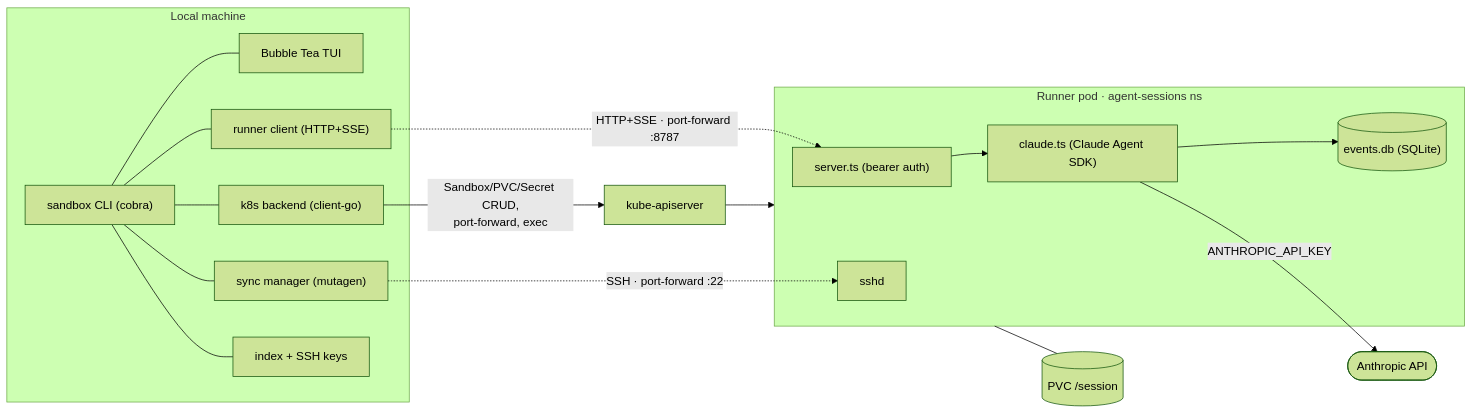
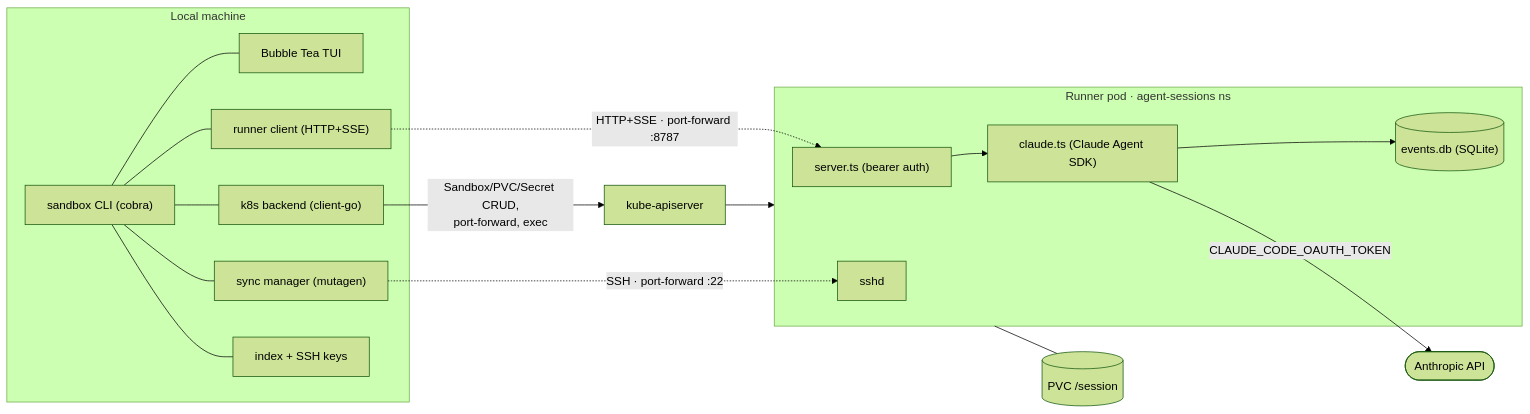
The first of 2 diagrams in docs/architecture.md (cullenmcdermott/sandbox), drawn with Mermaid (forest theme) before and after one commit. The commit also changed other lines of this file and 170 other files, not shown here.

````diff
--- a/docs/architecture.md
+++ b/docs/architecture.md
@@ -32,29 +42,29 @@
 ```mermaid
 flowchart LR
     subgraph local["Local machine"]
         cli["sandbox CLI (cobra)"]
         tui["Bubble Tea TUI"]
         rc["runner client (HTTP+SSE)"]
         be["k8s backend (client-go)"]
         sm["sync manager (mutagen)"]
         idx["index + SSH keys"]
         cli --- tui & rc & be & sm & idx
     end
 
     api["kube-apiserver"]
 
     subgraph pod["Runner pod · agent-sessions ns"]
         server["server.ts (bearer auth)"]
         claude["claude.ts (Claude Agent SDK)"]
         sshd["sshd"]
         events[("events.db (SQLite)")]
         server --> claude --> events
     end
 
     be -->|"Sandbox/PVC/Secret CRUD,<br/>port-forward, exec"| api
     api --> pod
     rc -. "HTTP+SSE · port-forward :8787" .-> server
     sm -. "SSH · port-forward :22" .-> sshd
     pod --- pvc[("PVC /session")]
-    claude -->|ANTHROPIC_API_KEY| anthropic(["Anthropic API"])
+    claude -->|CLAUDE_CODE_OAUTH_TOKEN| anthropic(["Anthropic API"])
 ```
````
